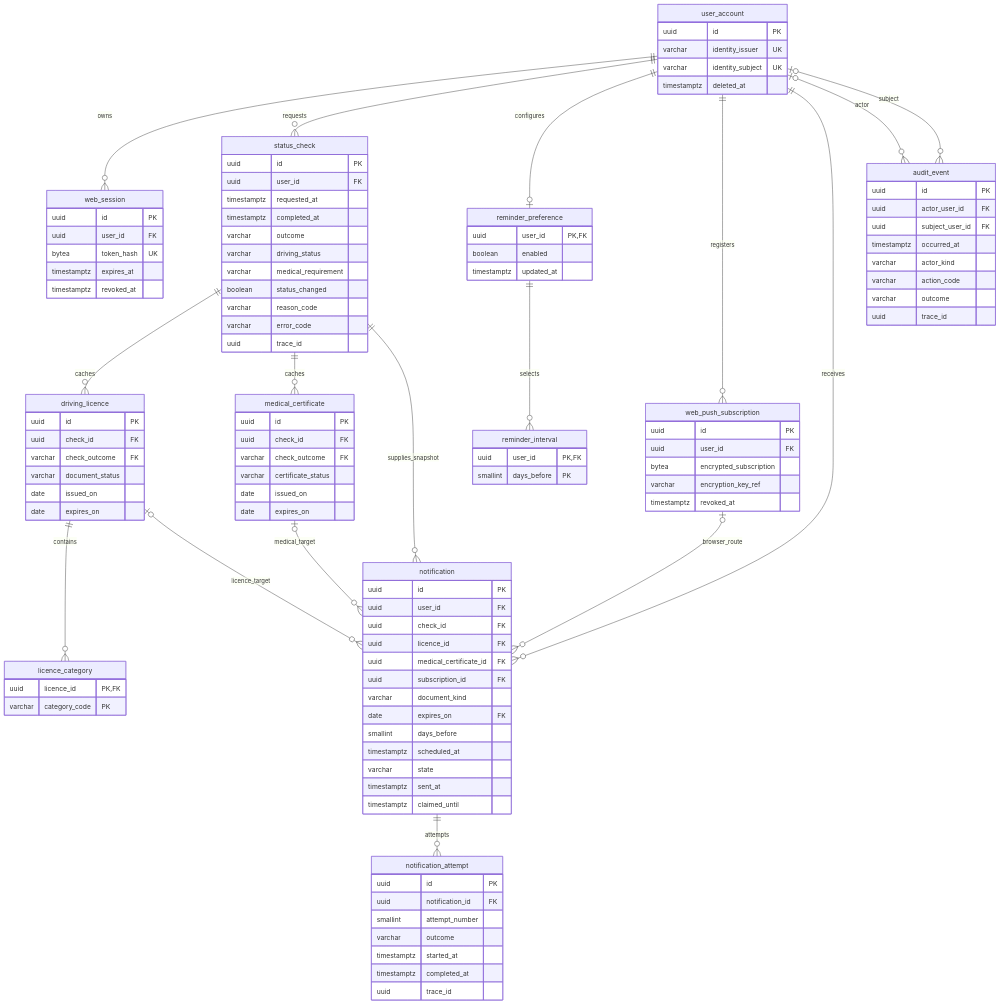
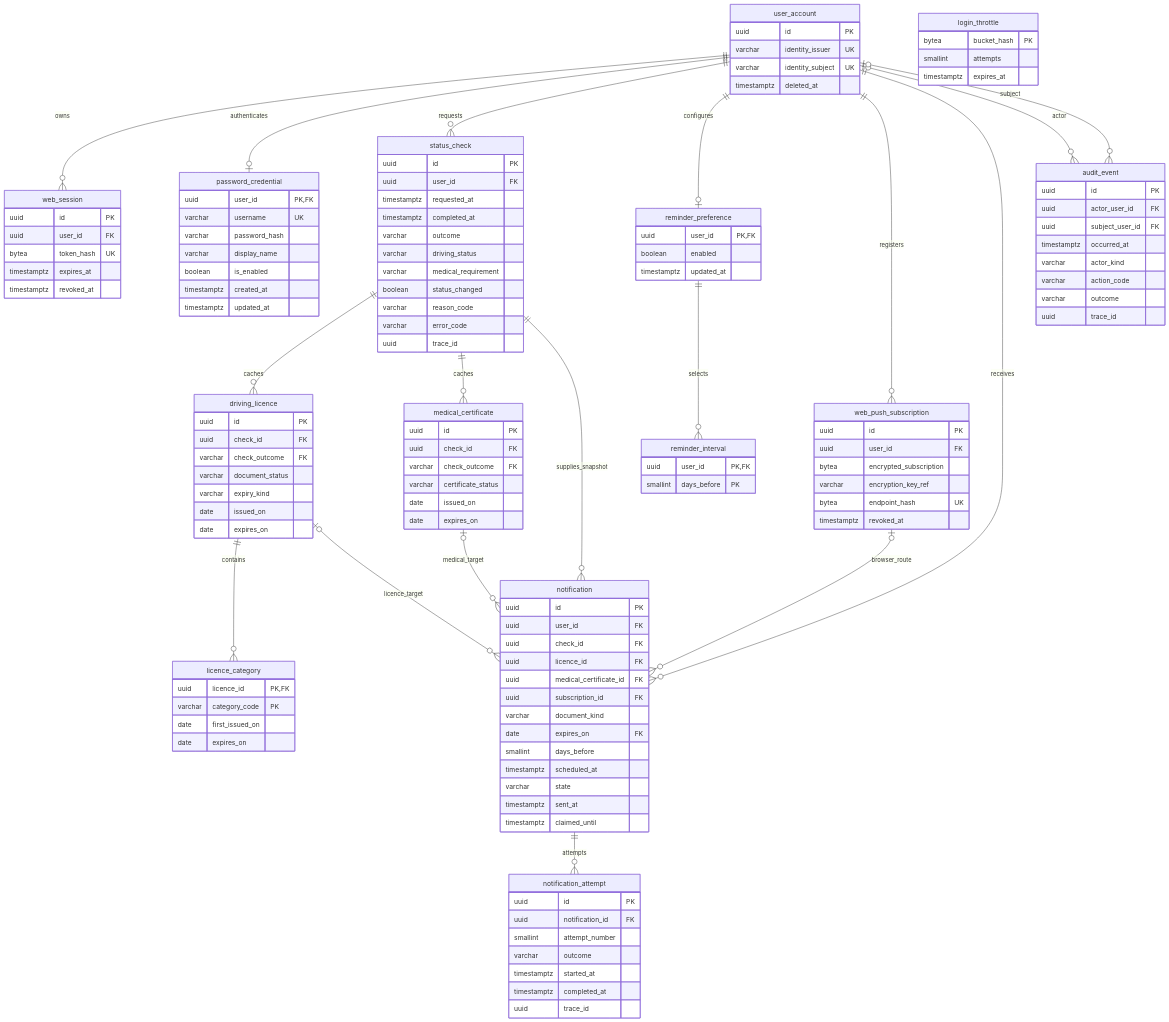
One commit to renekorss/ite4120 changed the diagram in docs/database.md. Above: the diagram before and after it, drawn with Mermaid. The commit also changed other lines of this file and 105 other files, not shown here.

````diff
--- a/docs/database.md
+++ b/docs/database.md
@@ -76,6 +76,7 @@
 ```mermaid
 erDiagram
     user_account ||--o{ web_session : owns
+    user_account ||--o| password_credential : authenticates
     user_account ||--o{ status_check : requests
     status_check ||--o{ driving_licence : caches
     driving_licence ||--o{ licence_category : contains
@@ -122,12 +123,15 @@
         uuid check_id FK
         varchar check_outcome FK
         varchar document_status
+        varchar expiry_kind
         date issued_on
         date expires_on
     }
     licence_category {
         uuid licence_id PK,FK
         varchar category_code PK
+        date first_issued_on
+        date expires_on
     }
     medical_certificate {
         uuid id PK
@@ -151,6 +155,7 @@
         uuid user_id FK
         bytea encrypted_subscription
         varchar encryption_key_ref
+        bytea endpoint_hash UK
         timestamptz revoked_at
     }
     notification {
@@ -187,4 +192,18 @@
         varchar outcome
         uuid trace_id
     }
+    password_credential {
+        uuid user_id PK,FK
+        varchar username UK
+        varchar password_hash
+        varchar display_name
+        boolean is_enabled
+        timestamptz created_at
+        timestamptz updated_at
+    }
+    login_throttle {
+        bytea bucket_hash PK
+        smallint attempts
+        timestamptz expires_at
+    }
 ```
````
